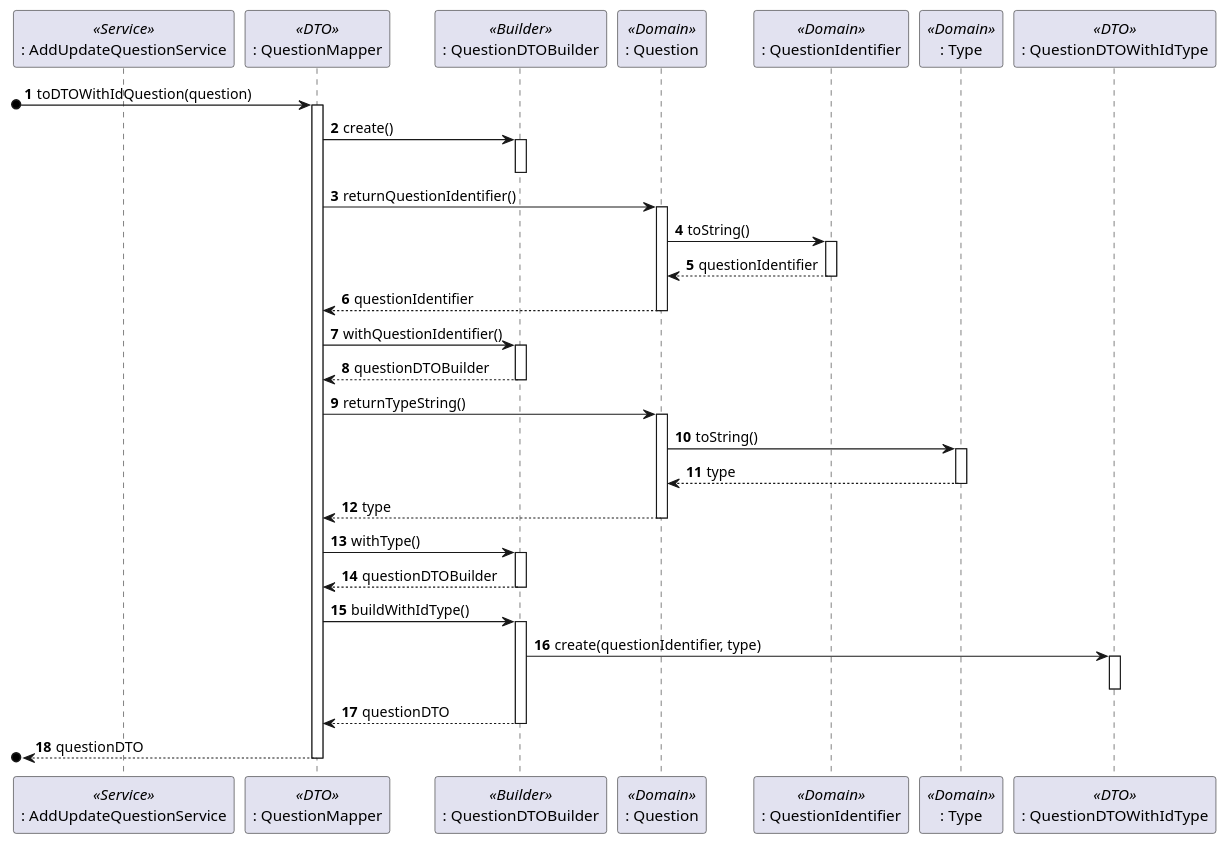
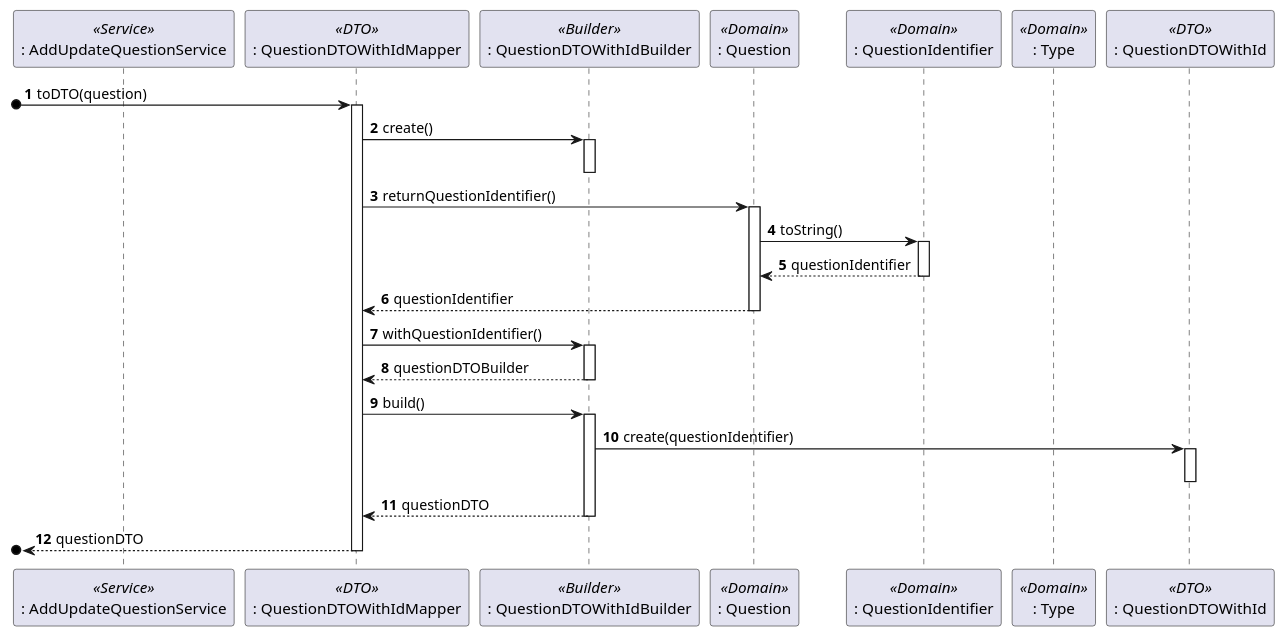
The diagram in docs/Sprint_B/us_2007/us_2007_SD_QuestionDTO.puml (Marco-Nobrega-Andrade/sem4pi_22_23), drawn with PlantUML before and after one commit. The commit also changed 9 other files, not shown here.

```diff
--- a/docs/Sprint_B/us_2007/us_2007_SD_QuestionDTO.puml
+++ b/docs/Sprint_B/us_2007/us_2007_SD_QuestionDTO.puml
@@ -1,53 +1,40 @@
 @startuml
 autonumber
 
 participant ": AddUpdateQuestionService" as AUQS <<Service>>
-participant ": QuestionMapper" as QM <<DTO>>
-participant ": QuestionDTOBuilder" as QB <<Builder>>
+participant ": QuestionDTOWithIdMapper" as QM <<DTO>>
+participant ": QuestionDTOWithIdBuilder" as QB <<Builder>>
 participant ": Question" as Q <<Domain>>
 
 participant ": QuestionIdentifier" as CI <<Domain>>
 participant ": Type" as T <<Domain>>
-participant ": QuestionDTOWithIdType" as QDTO <<DTO>>
+participant ": QuestionDTOWithId" as QDTO <<DTO>>
 
-[o-> QM : toDTOWithIdQuestion(question)
+[o-> QM : toDTO(question)
 activate QM
 QM -> QB : create()
 activate QB
 deactivate QB
 QM -> Q : returnQuestionIdentifier()
 activate Q
 Q -> CI : toString()
 activate CI
 CI --> Q : questionIdentifier
 deactivate CI
 Q --> QM : questionIdentifier
 deactivate Q
 QM -> QB : withQuestionIdentifier()
 activate QB
 QB --> QM : questionDTOBuilder
 deactivate QB
-QM -> Q : returnTypeString()
-activate Q
-Q -> T : toString()
-activate T
-T --> Q : type
-deactivate T
-Q --> QM : type
-deactivate Q
-QM -> QB : withType()
+QM -> QB : build()
 activate QB
-
-QB --> QM : questionDTOBuilder
-deactivate QB
-QM -> QB : buildWithIdType()
-activate QB
-QB -> QDTO : create(questionIdentifier, type)
+QB -> QDTO : create(questionIdentifier)
 activate QDTO
 deactivate QDTO
 QB --> QM : questionDTO
 deactivate QB
 QM -->o[ : questionDTO
 deactivate QM
 
 @enduml
```
